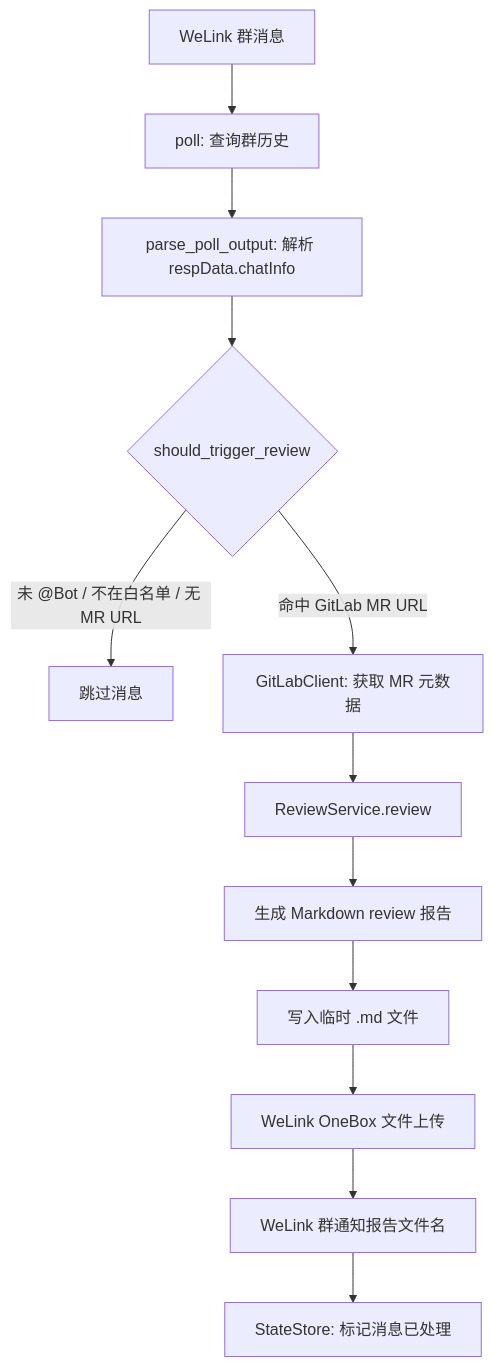
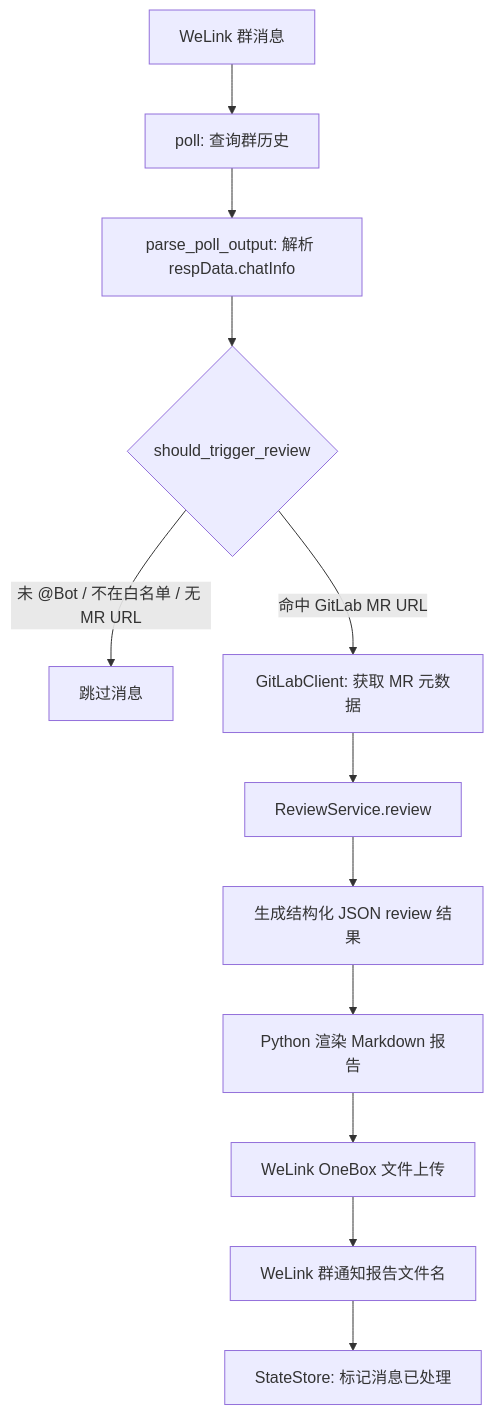
One commit to Faye-663/code-mr-reviewer changed the second of 3 diagrams in docs/DESIGN.md. Above: the diagram before and after it, drawn with Mermaid. The commit also changed other lines of this file and 17 other files, not shown here.

````diff
--- a/docs/DESIGN.md
+++ b/docs/DESIGN.md
@@ -24,14 +25,14 @@
 ```mermaid
 flowchart TD
     A["WeLink 群消息"] --> B["poll: 查询群历史"]
     B --> C["parse_poll_output: 解析 respData.chatInfo"]
     C --> D{"should_trigger_review"}
     D -- "未 @Bot / 不在白名单 / 无 MR URL" --> E["跳过消息"]
     D -- "命中 GitLab MR URL" --> F["GitLabClient: 获取 MR 元数据"]
     F --> G["ReviewService.review"]
-    G --> H["生成 Markdown review 报告"]
-    H --> I["写入临时 .md 文件"]
+    G --> H["生成结构化 JSON review 结果"]
+    H --> I["Python 渲染 Markdown 报告"]
     I --> J["WeLink OneBox 文件上传"]
     J --> K["WeLink 群通知报告文件名"]
     K --> L["StateStore: 标记消息已处理"]
 ```
````
